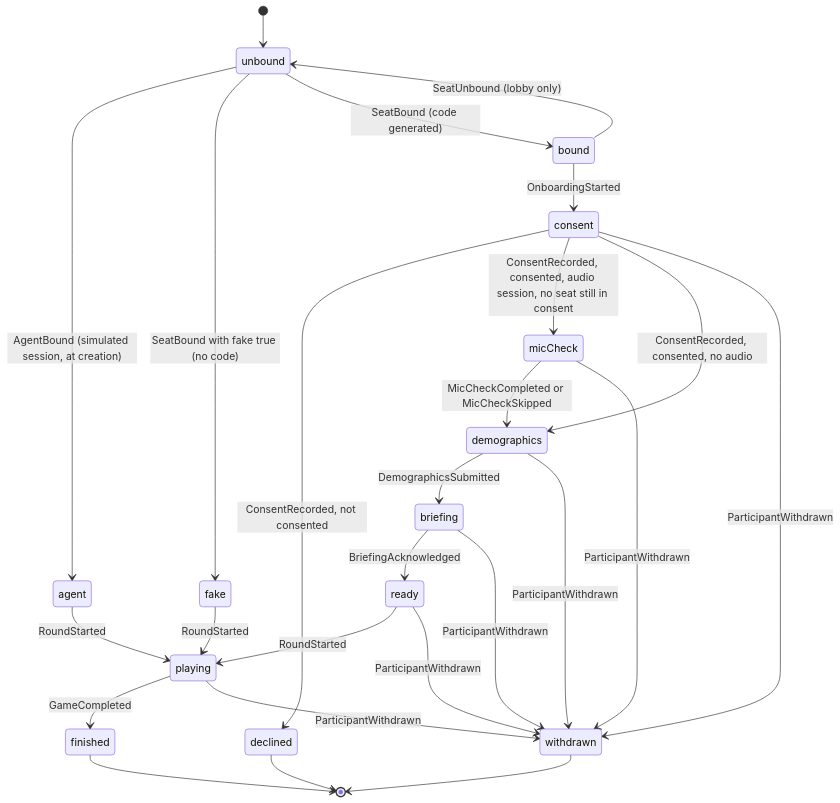
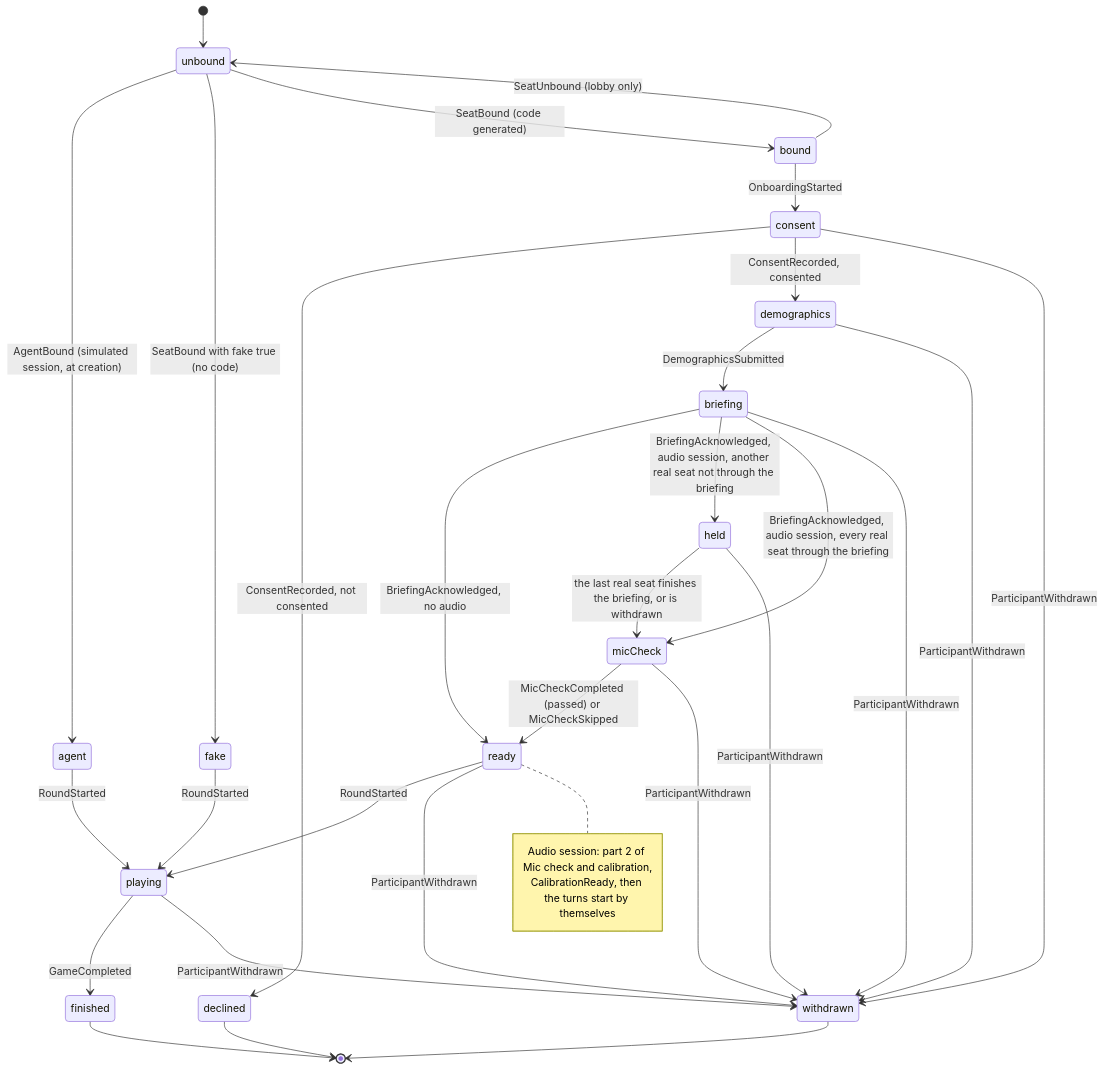
Before and after one commit to xy-zak/WhoKnowsWhoActs: the fifth of 9 diagrams in docs/ARCHITECTURE.md, drawn with Mermaid. The commit also changed other lines of this file and 21 other files, not shown here.

First line of the commit message:
Docs: session startup flow (welcome page, eleven setup steps, consent sections, mic check hold until the briefing, calibration readiness); change logs

````diff
--- a/docs/ARCHITECTURE.md
+++ b/docs/ARCHITECTURE.md
@@ -292,28 +299,35 @@
 ```mermaid
 stateDiagram-v2
   [*] --> unbound
   unbound --> agent: AgentBound (simulated session, at creation)
   agent --> playing: RoundStarted
   unbound --> fake: SeatBound with fake true (no code)
   fake --> playing: RoundStarted
   unbound --> bound: SeatBound (code generated)
   bound --> unbound: SeatUnbound (lobby only)
   bound --> consent: OnboardingStarted
   consent --> declined: ConsentRecorded, not consented
-  consent --> micCheck: ConsentRecorded, consented, audio session, no seat still in consent
-  consent --> demographics: ConsentRecorded, consented, no audio
-  micCheck --> demographics: MicCheckCompleted or MicCheckSkipped
+  consent --> demographics: ConsentRecorded, consented
   demographics --> briefing: DemographicsSubmitted
-  briefing --> ready: BriefingAcknowledged
+  briefing --> ready: BriefingAcknowledged, no audio
+  briefing --> held: BriefingAcknowledged, audio session, another real seat not through the briefing
+  briefing --> micCheck: BriefingAcknowledged, audio session, every real seat through the briefing
+  held --> micCheck: the last real seat finishes the briefing, or is withdrawn
+  micCheck --> ready: MicCheckCompleted (passed) or MicCheckSkipped
   ready --> playing: RoundStarted
   playing --> finished: GameCompleted
   consent --> withdrawn: ParticipantWithdrawn
-  micCheck --> withdrawn: ParticipantWithdrawn
   demographics --> withdrawn: ParticipantWithdrawn
   briefing --> withdrawn: ParticipantWithdrawn
+  held --> withdrawn: ParticipantWithdrawn
+  micCheck --> withdrawn: ParticipantWithdrawn
   ready --> withdrawn: ParticipantWithdrawn
   playing --> withdrawn: ParticipantWithdrawn
+  note right of ready
+    Audio session: part 2 of Mic check and calibration,
+    CalibrationReady, then the turns start by themselves
+  end note
   declined --> [*]
   withdrawn --> [*]
   finished --> [*]
 ```
````
